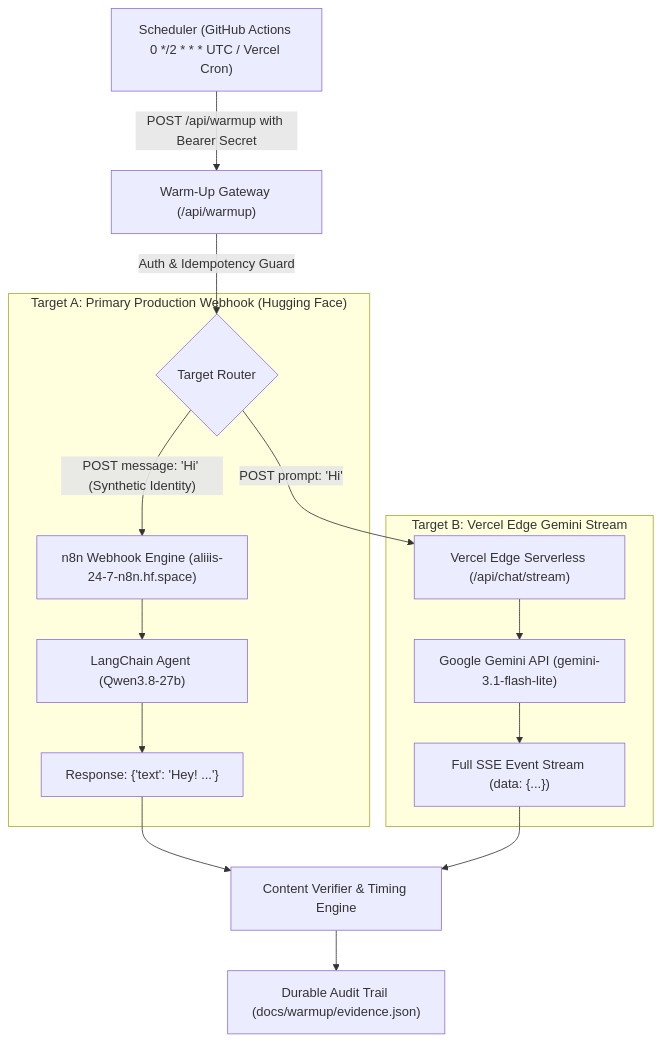
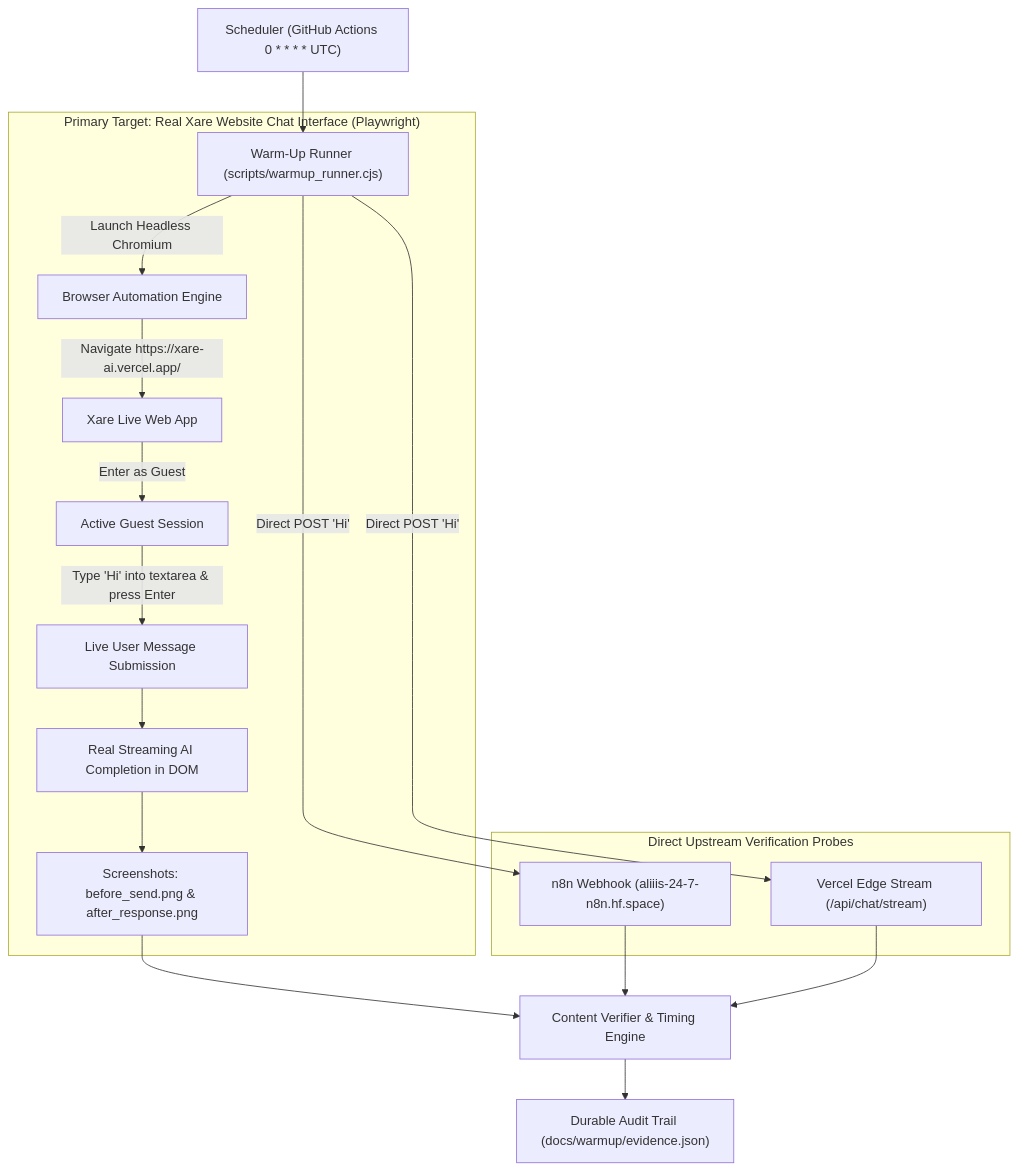
One commit to Ali-Kassem-AK/xare-ai changed the diagram in docs/warmup/README.md. Above: the diagram before and after it, drawn with Mermaid. The commit also changed other lines of this file and 11 other files, not shown here.

Commit message:
feat(warmup): convert chat warm-up subsystem to 1-hour interval with live browser UI automation

````diff
--- a/docs/warmup/README.md
+++ b/docs/warmup/README.md
@@ -18,22 +18,24 @@
 ```mermaid
 flowchart TD
-    Scheduler["Scheduler (GitHub Actions 0 */2 * * * UTC / Vercel Cron)"] -->|POST /api/warmup with Bearer Secret| WarmupAPI["Warm-Up Gateway (/api/warmup)"]
-    WarmupAPI -->|Auth & Idempotency Guard| Router{"Target Router"}
+    Scheduler["Scheduler (GitHub Actions 0 * * * * UTC)"] --> Runner["Warm-Up Runner (scripts/warmup_runner.cjs)"]
     
-    subgraph TargetA ["Target A: Primary Production Webhook (Hugging Face)"]
-        Router -->|"POST message: 'Hi' (Synthetic Identity)"| N8NWebhook["n8n Webhook Engine (aliiis-24-7-n8n.hf.space)"]
-        N8NWebhook --> LangChain["LangChain Agent (Qwen3.8-27b)"]
-        LangChain --> N8NReply["Response: {'text': 'Hey! ...'}"]
+    subgraph TargetUI ["Primary Target: Real Xare Website Chat Interface (Playwright)"]
+        Runner -->|"Launch Headless Chromium"| Browser["Browser Automation Engine"]
+        Browser -->|"Navigate https://xare-ai.vercel.app/"| WebUI["Xare Live Web App"]
+        WebUI -->|"Enter as Guest"| GuestSession["Active Guest Session"]
+        GuestSession -->|"Type 'Hi' into textarea & press Enter"| ChatAction["Live User Message Submission"]
+        ChatAction --> LiveResponse["Real Streaming AI Completion in DOM"]
+        LiveResponse --> Screenshots["Screenshots: before_send.png & after_response.png"]
     end
 
-    subgraph TargetB ["Target B: Vercel Edge Gemini Stream"]
-        Router -->|"POST prompt: 'Hi'"| EdgeStream["Vercel Edge Serverless (/api/chat/stream)"]
-        EdgeStream --> GoogleGemini["Google Gemini API (gemini-3.1-flash-lite)"]
-        GoogleGemini --> SSEStream["Full SSE Event Stream (data: {...})"]
+    subgraph UpstreamProbes ["Direct Upstream Verification Probes"]
+        Runner -->|"Direct POST 'Hi'"| N8NWebhook["n8n Webhook (aliiis-24-7-n8n.hf.space)"]
+        Runner -->|"Direct POST 'Hi'"| EdgeStream["Vercel Edge Stream (/api/chat/stream)"]
     end
 
-    N8NReply --> Verifier["Content Verifier & Timing Engine"]
-    SSEStream --> Verifier
+    Screenshots --> Verifier["Content Verifier & Timing Engine"]
+    N8NWebhook --> Verifier
+    EdgeStream --> Verifier
     
     Verifier --> Telemetry["Durable Audit Trail (docs/warmup/evidence.json)"]
 ```
````
